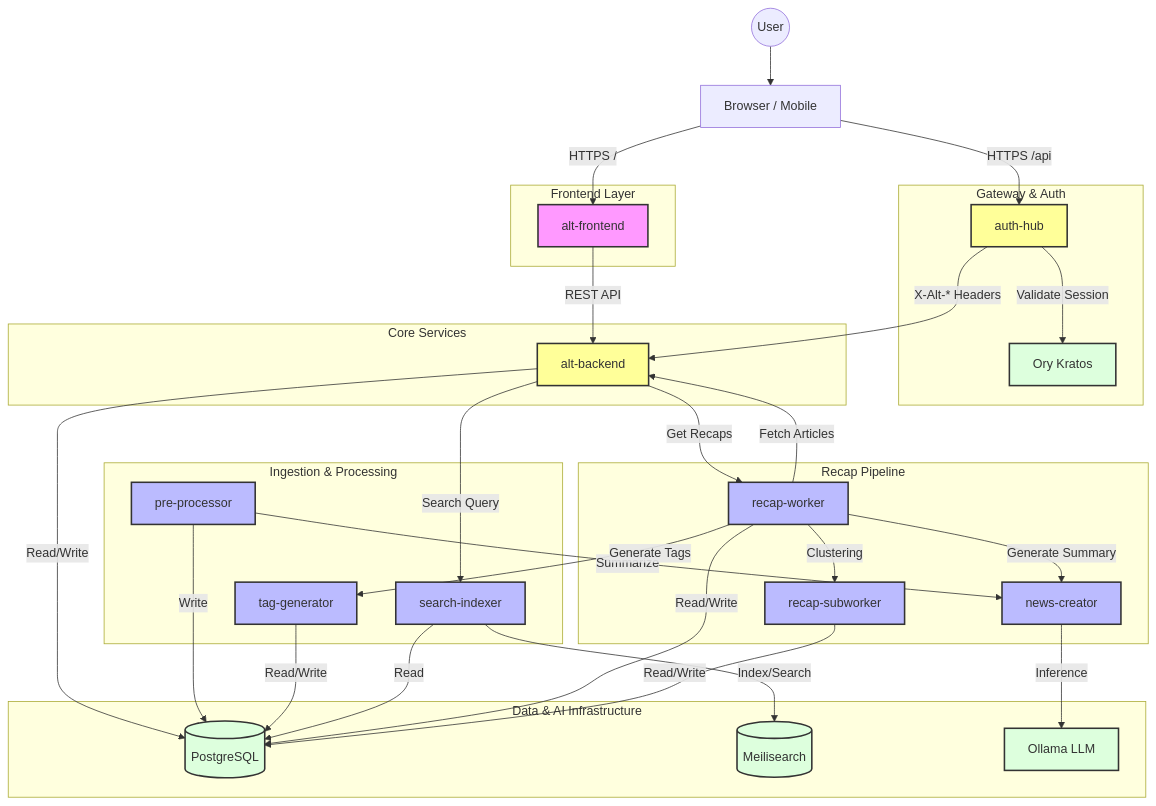
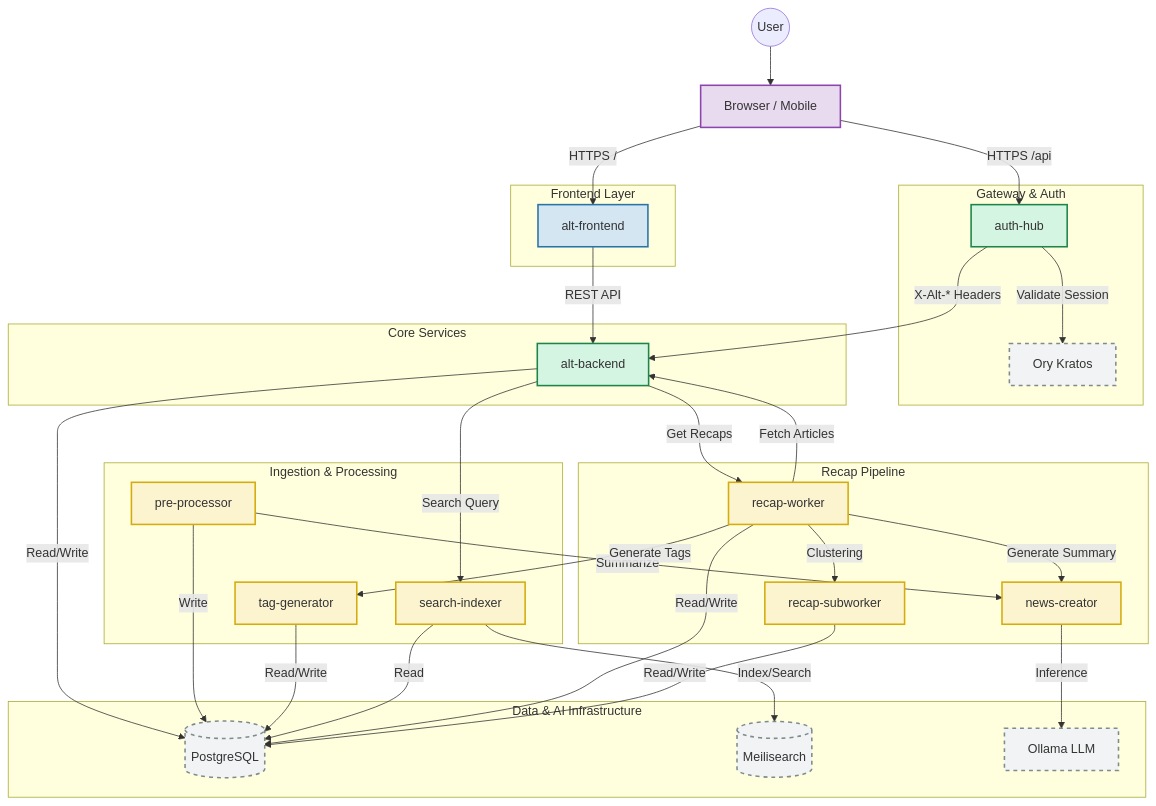
One commit to Kaikei-e/Alt changed the fourth of 7 diagrams in README.md. Above: the diagram before and after it, drawn with Mermaid.

Commit message:
Updated the communication graph

````diff
--- a/README.md
+++ b/README.md
@@ -188,80 +188,82 @@
 ```mermaid
 graph TD
     %% Nodes
     User((User))
     Browser[Browser / Mobile]
 
     subgraph "Frontend Layer"
         AltFrontend[alt-frontend]
     end
 
     subgraph "Gateway & Auth"
         AuthHub[auth-hub]
         Kratos[Ory Kratos]
     end
 
     subgraph "Core Services"
         AltBackend[alt-backend]
     end
 
     subgraph "Ingestion & Processing"
         PreProcessor[pre-processor]
         TagGenerator[tag-generator]
         SearchIndexer[search-indexer]
     end
 
     subgraph "Recap Pipeline"
         RecapWorker[recap-worker]
         RecapSubworker[recap-subworker]
         NewsCreator[news-creator]
     end
 
     subgraph "Data & AI Infrastructure"
         Postgres[(PostgreSQL)]
         Meilisearch[(Meilisearch)]
         Ollama[Ollama LLM]
     end
 
     %% Edges
     User --> Browser
     Browser -->|HTTPS /| AltFrontend
     Browser -->|HTTPS /api| AuthHub
 
     AltFrontend -->|REST API| AltBackend
 
     AuthHub -->|Validate Session| Kratos
     AuthHub -->|X-Alt-* Headers| AltBackend
 
     AltBackend -->|Read/Write| Postgres
     AltBackend -->|Search Query| SearchIndexer
     AltBackend -->|Get Recaps| RecapWorker
 
     PreProcessor -->|Summarize| NewsCreator
     PreProcessor -->|Write| Postgres
 
     TagGenerator -->|Read/Write| Postgres
 
     SearchIndexer -->|Read| Postgres
     SearchIndexer -->|Index/Search| Meilisearch
 
     RecapWorker -->|Fetch Articles| AltBackend
     RecapWorker -->|Generate Summary| NewsCreator
     RecapWorker -->|Clustering| RecapSubworker
     RecapWorker -->|Generate Tags| TagGenerator
     RecapWorker -->|Read/Write| Postgres
 
     RecapSubworker -->|Read/Write| Postgres
 
     NewsCreator -->|Inference| Ollama
 
     %% Styling
-    classDef core fill:#ff9,stroke:#333,stroke-width:2px;
-    classDef pipeline fill:#bbf,stroke:#333,stroke-width:2px;
-    classDef data fill:#dfd,stroke:#333,stroke-width:2px;
-    classDef frontend fill:#f9f,stroke:#333,stroke-width:2px;
+    classDef frontend fill:#d4e6f1,stroke:#2874a6,stroke-width:2px;
+    classDef backend fill:#d5f5e3,stroke:#1e8449,stroke-width:2px;
+    classDef worker fill:#fcf3cf,stroke:#d4ac0d,stroke-width:2px;
+    classDef infra fill:#f2f3f4,stroke:#7f8c8d,stroke-width:2px,stroke-dasharray: 5 5;
+    classDef gateway fill:#e8daef,stroke:#8e44ad,stroke-width:2px;
 
-    class AltBackend,AuthHub core;
-    class RecapWorker,RecapSubworker,NewsCreator,PreProcessor,TagGenerator,SearchIndexer pipeline;
-    class Postgres,Meilisearch,Ollama,Kratos data;
     class AltFrontend frontend;
+    class AltBackend,AuthHub backend;
+    class NewsCreator,RecapWorker,RecapSubworker,PreProcessor,SearchIndexer,TagGenerator worker;
+    class Kratos,Postgres,Meilisearch,Ollama infra;
+    class Browser gateway;
 ```
````
